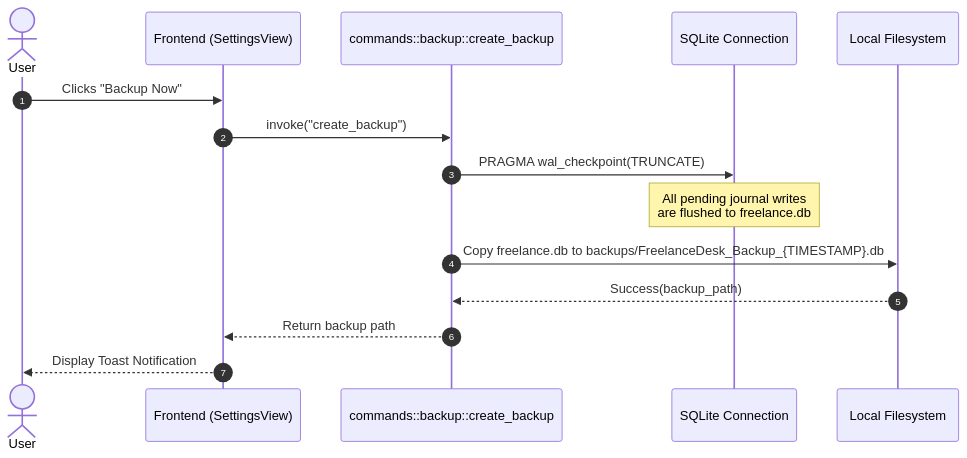
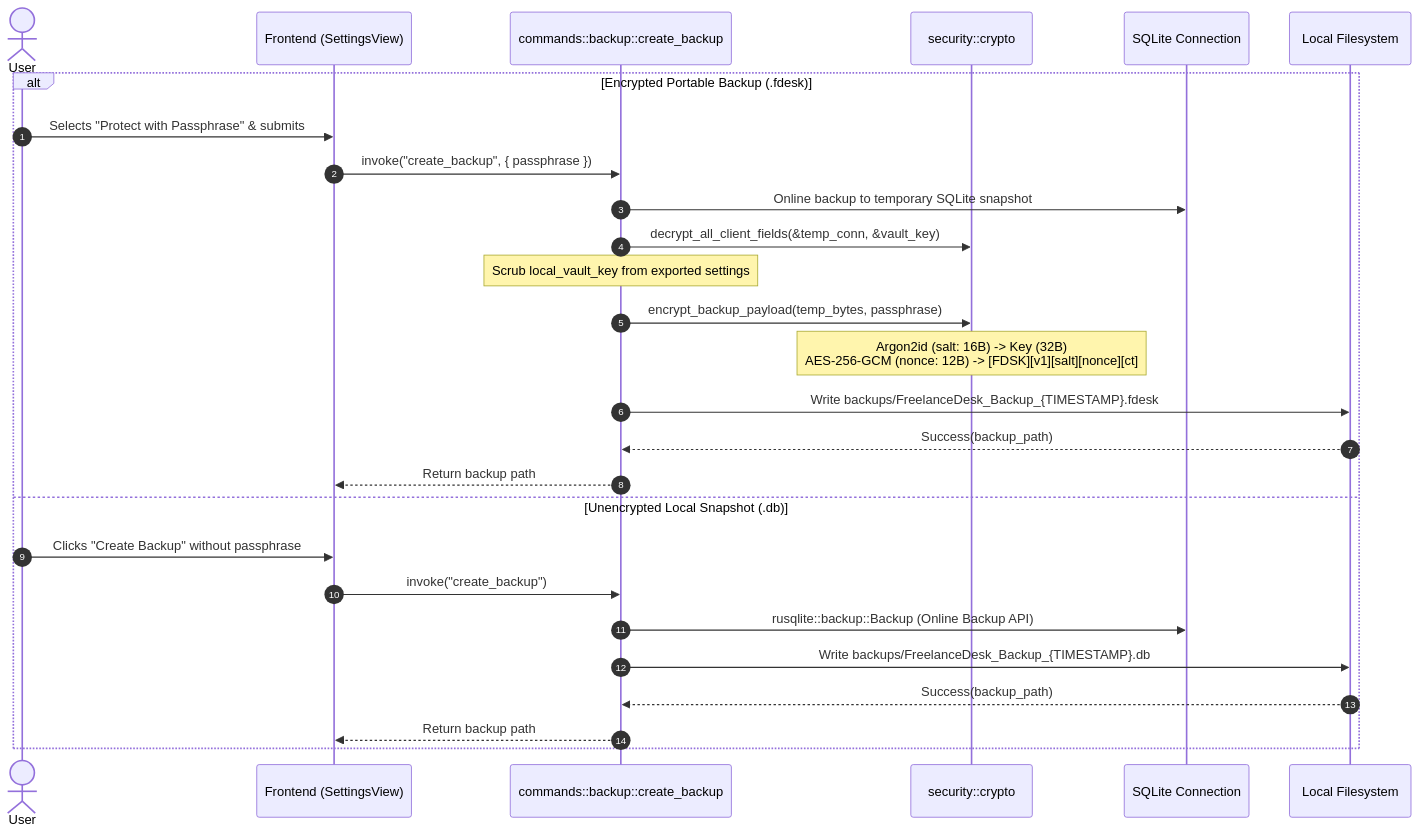
One commit to carlodandan/freelancedesk changed the third of 4 diagrams in docs/ARCHITECTURE.md. Above: the diagram before and after it, drawn with Mermaid. The commit also changed other lines of this file and 65 other files, not shown here.

First line of the commit message:
Release v0.0.2: Client Data Encryption, Portable Disaster Recovery, and Brand Identity

````diff
--- a/docs/ARCHITECTURE.md
+++ b/docs/ARCHITECTURE.md
@@ -162,18 +165,30 @@
 ```mermaid
 sequenceDiagram
     autonumber
     actor User
     participant UI as Frontend (SettingsView)
     participant Cmd as commands::backup::create_backup
+    participant Crypto as security::crypto
     participant DB as SQLite Connection
     participant FS as Local Filesystem
 
-    User->>UI: Clicks "Backup Now"
-    UI->>Cmd: invoke("create_backup")
-    Cmd->>DB: PRAGMA wal_checkpoint(TRUNCATE)
-    Note over DB: All pending journal writes<br/>are flushed to freelance.db
-    Cmd->>FS: Copy freelance.db to backups/FreelanceDesk_Backup_{TIMESTAMP}.db
-    FS-->>Cmd: Success(backup_path)
-    Cmd-->>UI: Return backup path
-    UI-->>User: Display Toast Notification
+    alt Encrypted Portable Backup (.fdesk)
+        User->>UI: Selects "Protect with Passphrase" & submits
+        UI->>Cmd: invoke("create_backup", { passphrase })
+        Cmd->>DB: Online backup to temporary SQLite snapshot
+        Cmd->>Crypto: decrypt_all_client_fields(&temp_conn, &vault_key)
+        Note over Cmd: Scrub local_vault_key from exported settings
+        Cmd->>Crypto: encrypt_backup_payload(temp_bytes, passphrase)
+        Note over Crypto: Argon2id (salt: 16B) -> Key (32B)<br/>AES-256-GCM (nonce: 12B) -> [FDSK][v1][salt][nonce][ct]
+        Cmd->>FS: Write backups/FreelanceDesk_Backup_{TIMESTAMP}.fdesk
+        FS-->>Cmd: Success(backup_path)
+        Cmd-->>UI: Return backup path
+    else Unencrypted Local Snapshot (.db)
+        User->>UI: Clicks "Create Backup" without passphrase
+        UI->>Cmd: invoke("create_backup")
+        Cmd->>DB: rusqlite::backup::Backup (Online Backup API)
+        Cmd->>FS: Write backups/FreelanceDesk_Backup_{TIMESTAMP}.db
+        FS-->>Cmd: Success(backup_path)
+        Cmd-->>UI: Return backup path
+    end
 ```
````
